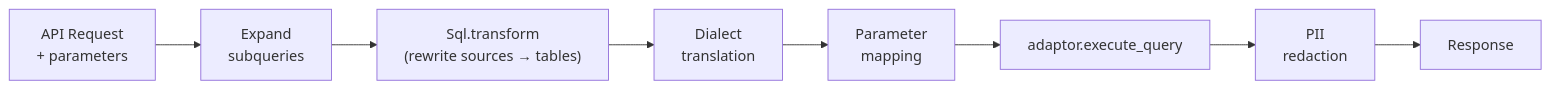
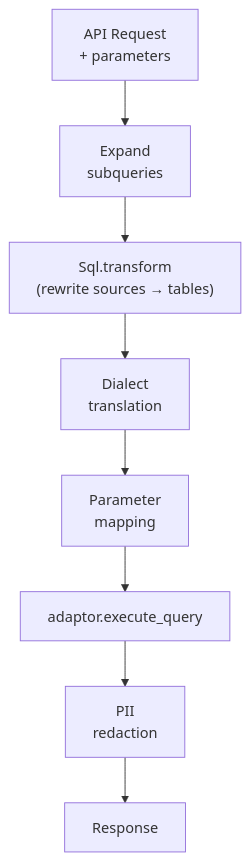
Before and after one commit to djwhitt/logflare: the diagram in docs/query/index.md, drawn with Mermaid. The commit also changed 1 other file, not shown here.

Commit message:
docs: flip linear pipeline diagrams to top-bottom layout
The HTTP plug pipeline (8 nodes) and endpoint query pipeline (8 nodes)
were rendering as cramped horizontal rows at MkDocs Material's content
width. Switching to flowchart TB stacks them vertically so each step
gets full content width and reads cleanly.

````diff
--- a/docs/query/index.md
+++ b/docs/query/index.md
@@ -9,10 +9,10 @@
 ```mermaid
-flowchart LR
+flowchart TB
     REQ["API Request<br/>+ parameters"] --> EXP["Expand<br/>subqueries"]
     EXP --> TX["Sql.transform<br/>(rewrite sources → tables)"]
     TX --> DT["Dialect<br/>translation"]
     DT --> PM["Parameter<br/>mapping"]
     PM --> EXEC["adaptor.execute_query"]
     EXEC --> RED["PII<br/>redaction"]
     RED --> RES["Response"]
 ```
````
